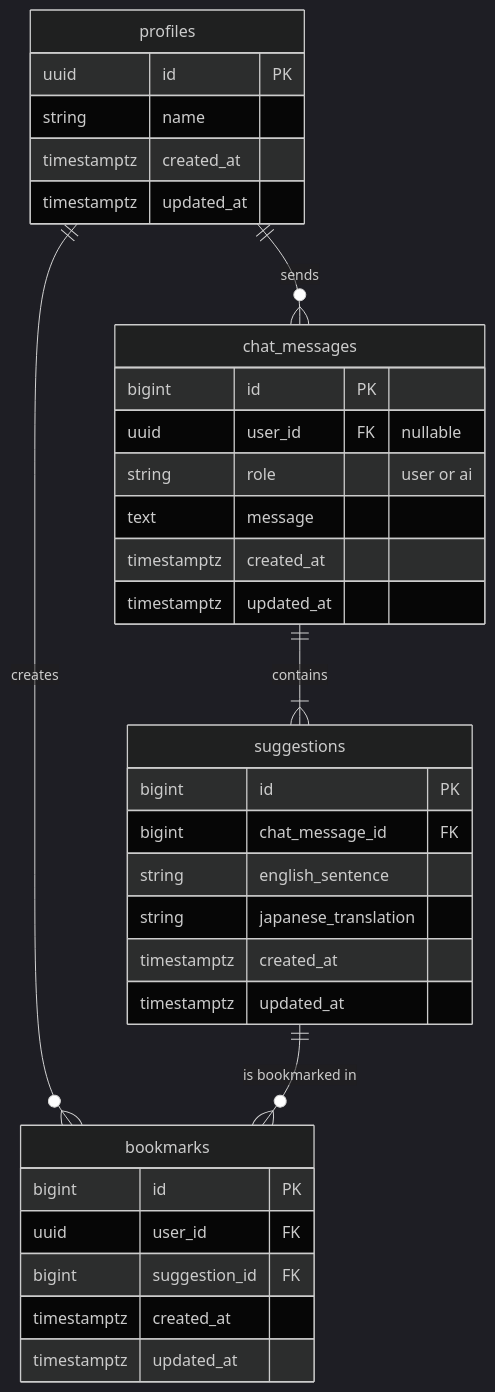
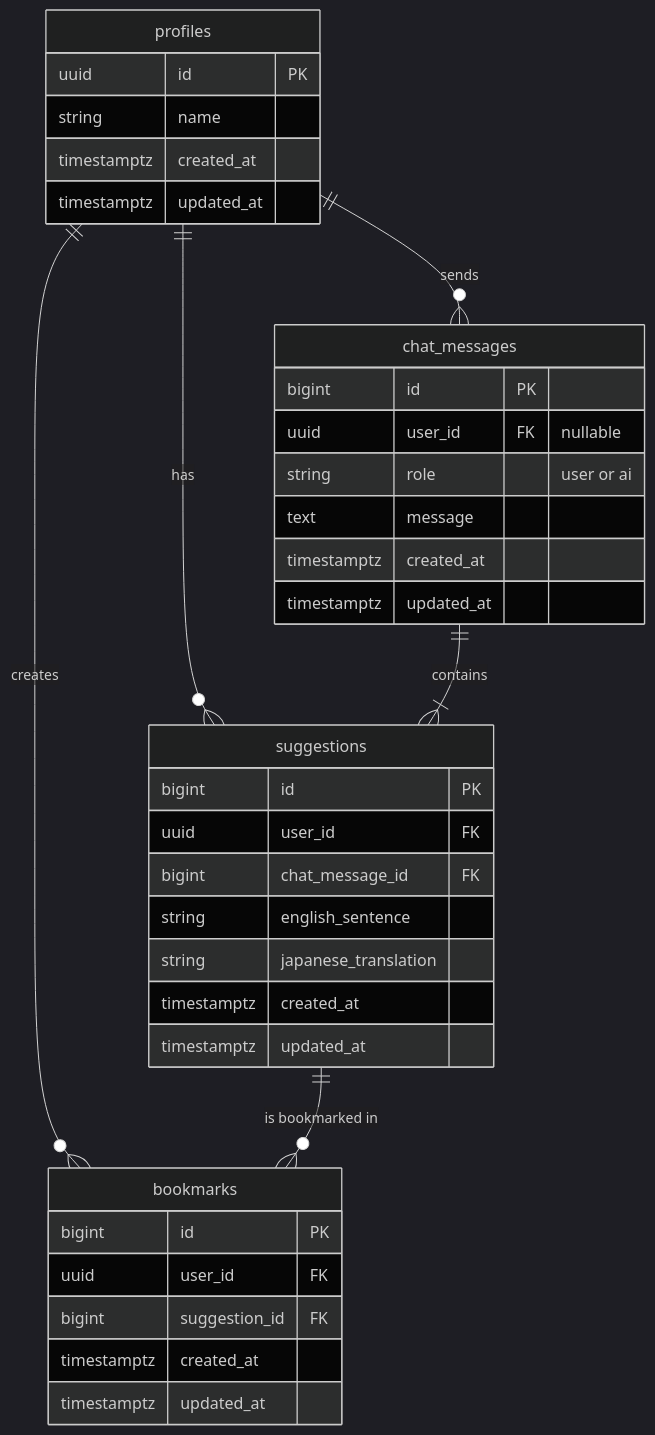
One commit to noriyuki0319/practice-english-chat changed the diagram in documents/DB設計書.md. Above: the diagram before and after it, drawn with Mermaid (dark theme). The commit also changed other lines of this file and 19 other files, not shown here.

````diff
--- a/documents/DB設計書.md
+++ b/documents/DB設計書.md
@@ -14,40 +14,42 @@
 ```mermaid
 erDiagram
     profiles ||--o{ chat_messages : "sends"
+    profiles ||--o{ suggestions : "has"
     profiles ||--o{ bookmarks : "creates"
     chat_messages ||--|{ suggestions : "contains"
     suggestions ||--o{ bookmarks : "is bookmarked in"
 
     profiles {
         uuid id PK
         string name
         timestamptz created_at
         timestamptz updated_at
     }
 
     chat_messages {
         bigint id PK
         uuid user_id FK "nullable"
         string role "user or ai"
         text message
         timestamptz created_at
         timestamptz updated_at
     }
 
     suggestions {
         bigint id PK
+        uuid user_id FK
         bigint chat_message_id FK
         string english_sentence
         string japanese_translation
         timestamptz created_at
         timestamptz updated_at
     }
 
     bookmarks {
         bigint id PK
         uuid user_id FK
         bigint suggestion_id FK
         timestamptz created_at
         timestamptz updated_at
     }
 ```
````
